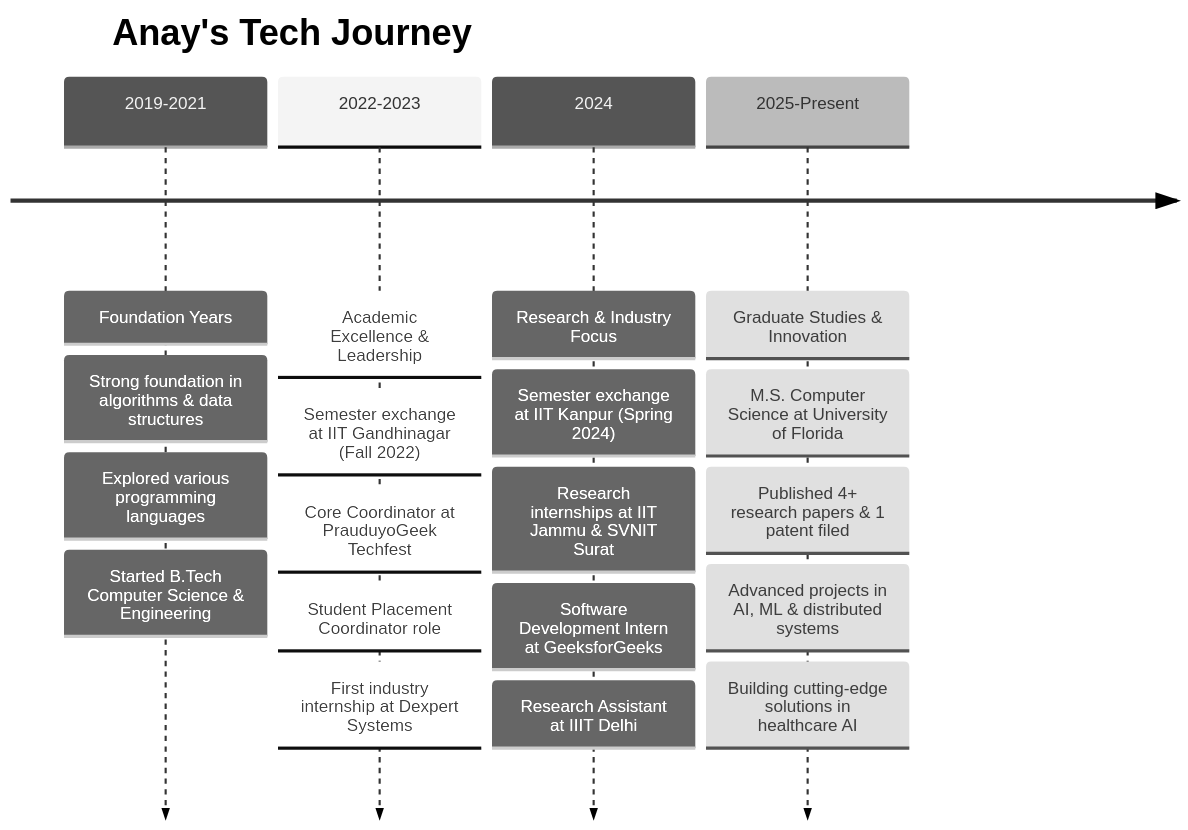
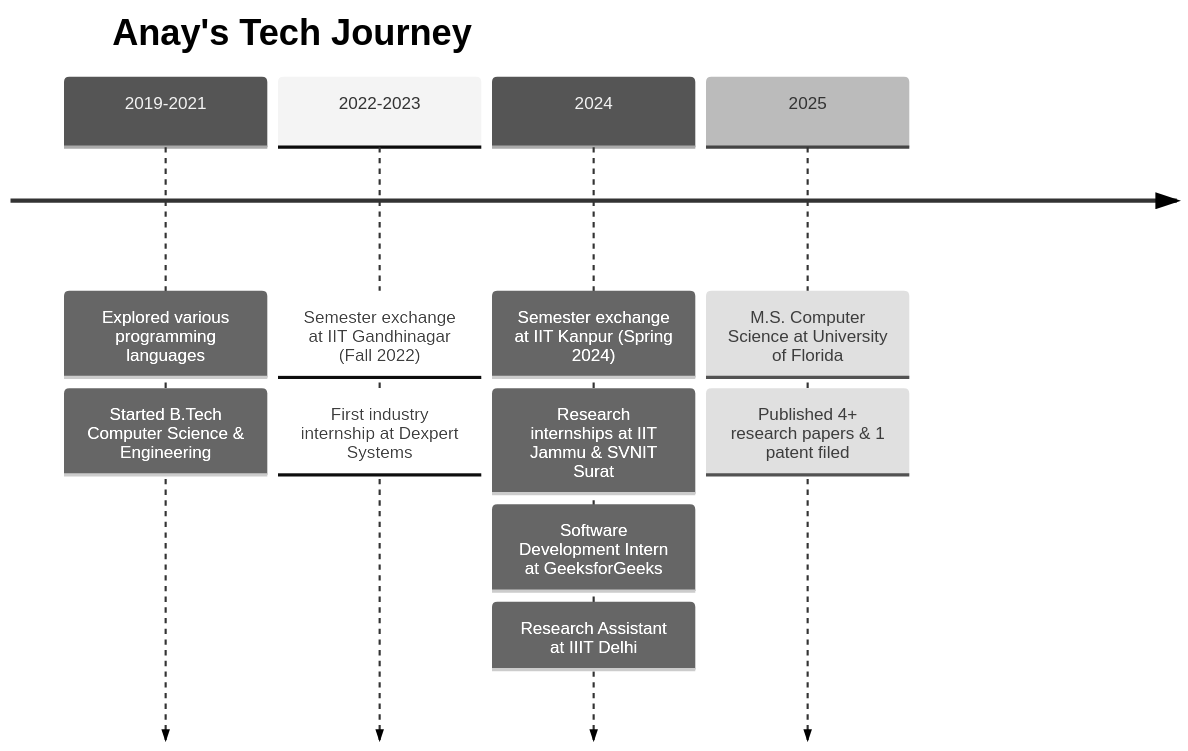
Before and after one commit to anayy09/anayy09: the diagram in README.md, drawn with Mermaid (neutral theme).

````diff
--- a/README.md
+++ b/README.md
@@ -147,27 +147,20 @@
 ```mermaid
 timeline
     title Anay's Tech Journey
     
-    2019-2021 : Foundation Years
-              : Strong foundation in algorithms & data structures
-              : Explored various programming languages
+    2019-2021 : Explored various programming languages
               : Started B.Tech Computer Science & Engineering
     
-    2022-2023 : Academic Excellence & Leadership
-              : Semester exchange at IIT Gandhinagar (Fall 2022)
-              : Core Coordinator at PrauduyoGeek Techfest
-              : Student Placement Coordinator role
+    2022-2023 : Semester exchange at IIT Gandhinagar (Fall 2022)
               : First industry internship at Dexpert Systems
     
-    2024 : Research & Industry Focus
-         : Semester exchange at IIT Kanpur (Spring 2024)
+    2024 : Semester exchange at IIT Kanpur (Spring 2024)
          : Research internships at IIT Jammu & SVNIT Surat
          : Software Development Intern at GeeksforGeeks
          : Research Assistant at IIIT Delhi
+
     
-    2025-Present : Graduate Studies & Innovation
-                 : M.S. Computer Science at University of Florida
-                 : Published 4+ research papers & 1 patent filed
-                 : Advanced projects in AI, ML & distributed systems
-                 : Building cutting-edge solutions in healthcare AI
+    2025 : M.S. Computer Science at University of Florida
+         : Published 4+ research papers & 1 patent filed
+
 ```
````
